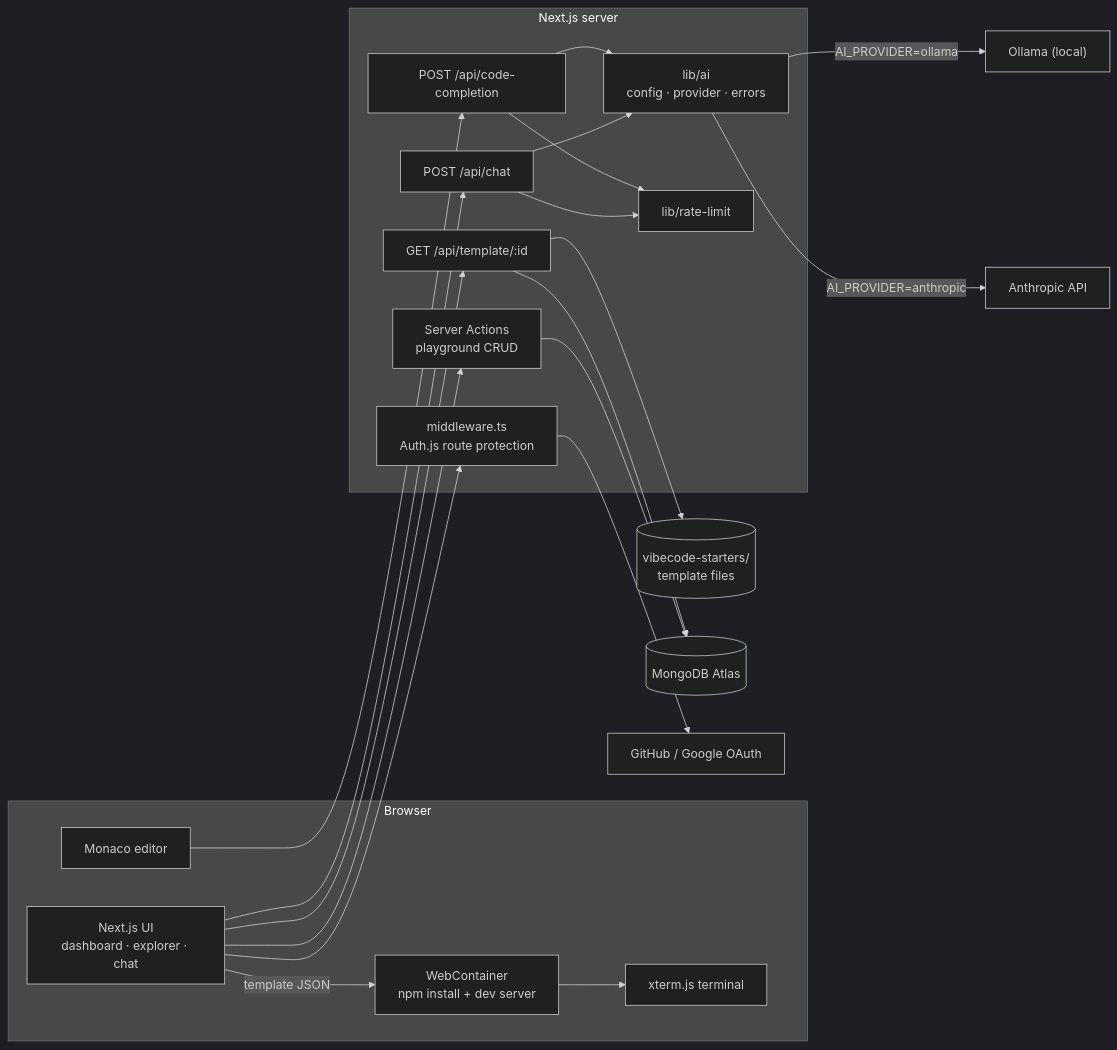
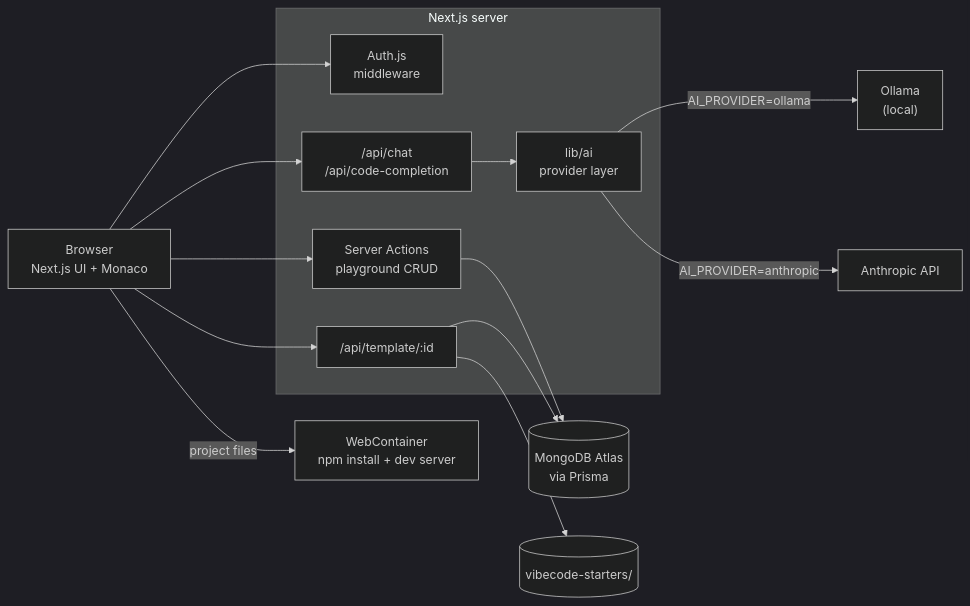
Before and after one commit to rosalesdev928/chat-videcoder: the diagram in README.md, drawn with Mermaid (dark theme). The commit also changed other lines of this file and 1 other file, not shown here.

````diff
--- a/README.md
+++ b/README.md
@@ -48,41 +39,28 @@
 ```mermaid
 flowchart LR
-    subgraph Browser
-        UI["Next.js UI<br/>dashboard · explorer · chat"]
-        Monaco["Monaco editor"]
-        WC["WebContainer<br/>npm install + dev server"]
-        Term["xterm.js terminal"]
+    Browser["Browser<br/>Next.js UI + Monaco"]
+
+    subgraph Next["Next.js server"]
+        Auth["Auth.js<br/>middleware"]
+        Actions["Server Actions<br/>playground CRUD"]
+        Template["/api/template/:id"]
+        AIRoutes["/api/chat<br/>/api/code-completion"]
+        AILib["lib/ai<br/>provider layer"]
     end
 
-    subgraph Server["Next.js server"]
-        MW["middleware.ts<br/>Auth.js route protection"]
-        SA["Server Actions<br/>playground CRUD"]
-        TPL["GET /api/template/:id"]
-        CHAT["POST /api/chat"]
-        CC["POST /api/code-completion"]
-        AI["lib/ai<br/>config · provider · errors"]
-        RL["lib/rate-limit"]
-    end
+    DB[("MongoDB Atlas<br/>via Prisma")]
+    Starters[("vibecode-starters/")]
+    WC["WebContainer<br/>npm install + dev server"]
+    Ollama["Ollama<br/>(local)"]
+    Anthropic["Anthropic API"]
 
-    Starters[("vibecode-starters/<br/>template files")]
-    DB[("MongoDB Atlas")]
-    OAuth["GitHub / Google OAuth"]
-    Ollama["Ollama (local)"]
-    Claude["Anthropic API"]
-
-    UI --> MW
-    UI --> SA --> DB
-    UI --> TPL --> Starters
-    TPL --> DB
-    Monaco --> CC
-    UI --> CHAT
-    CHAT --> RL
-    CC --> RL
-    CHAT --> AI
-    CC --> AI
-    AI -->|AI_PROVIDER=ollama| Ollama
-    AI -->|AI_PROVIDER=anthropic| Claude
-    MW --> OAuth
-    UI -->|template JSON| WC
-    WC --> Term
+    Browser --> Auth
+    Browser --> Actions --> DB
+    Browser --> Template
+    Template --> Starters
+    Template --> DB
+    Browser --> AIRoutes --> AILib
+    AILib -->|AI_PROVIDER=ollama| Ollama
+    AILib -->|AI_PROVIDER=anthropic| Anthropic
+    Browser -->|project files| WC
 ```
````
